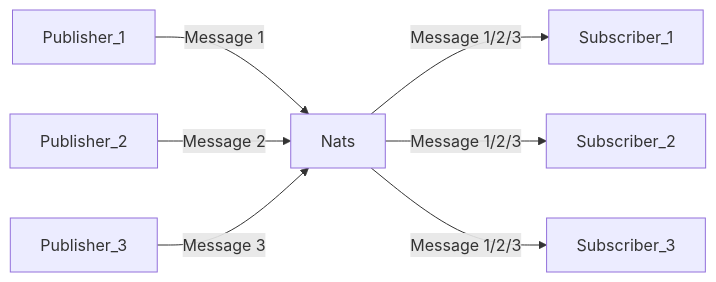
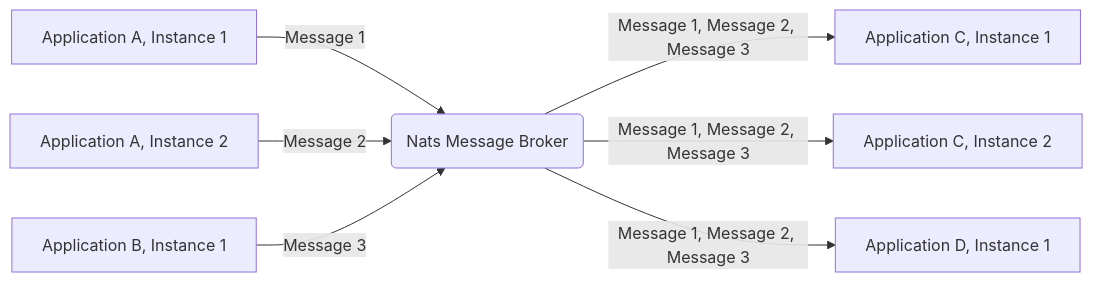
The second of 2 diagrams in README.md (Soontao/cds-nats), drawn with Mermaid before and after one commit. The commit also changed other lines of this file, not shown here.

````diff
--- a/README.md
+++ b/README.md
@@ -63,11 +69,13 @@
 ```mermaid
 graph LR
 
-Publisher_1 -->|Message 1| Nats
-Publisher_2 -->|Message 2| Nats
-Publisher_3 -->|Message 3| Nats
+Publisher_1[Application A, Instance 1] -->|Message 1| Nats
+Publisher_2[Application A, Instance 2] -->|Message 2| Nats
+Publisher_3[Application B, Instance 1] -->|Message 3| Nats
 
-Nats -->|Message 1/2/3| Subscriber_1
-Nats -->|Message 1/2/3| Subscriber_2
-Nats -->|Message 1/2/3| Subscriber_3
+Nats(Nats Message Broker)
+
+Nats -->|Message 1, Message 2, Message 3| Subscriber_1[Application C, Instance 1]
+Nats -->|Message 1, Message 2, Message 3| Subscriber_2[Application C, Instance 2]
+Nats -->|Message 1, Message 2, Message 3| Subscriber_3[Application D, Instance 1]
 ```
````
